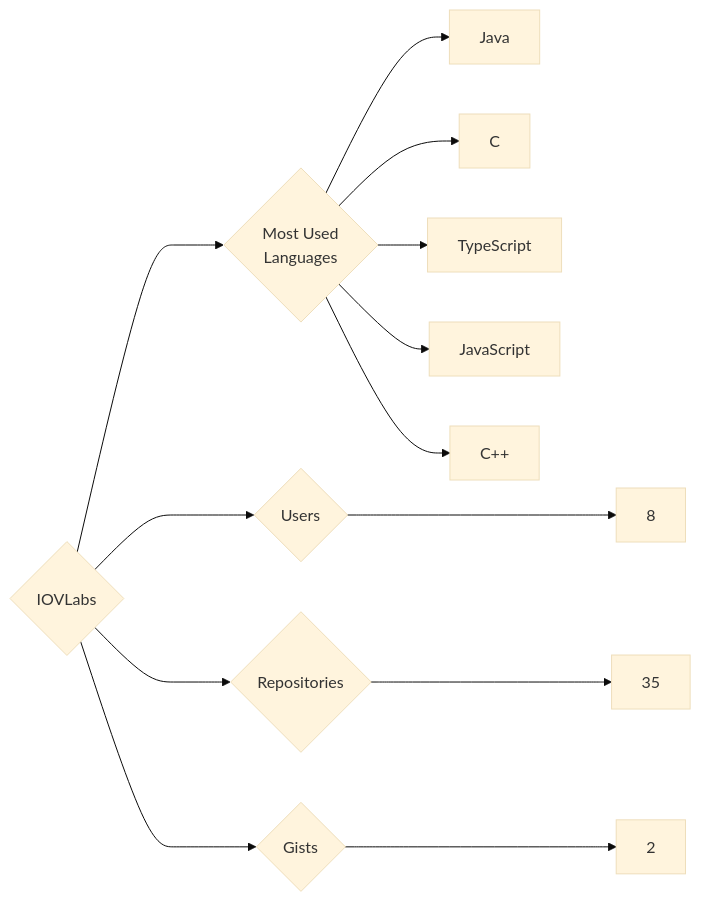
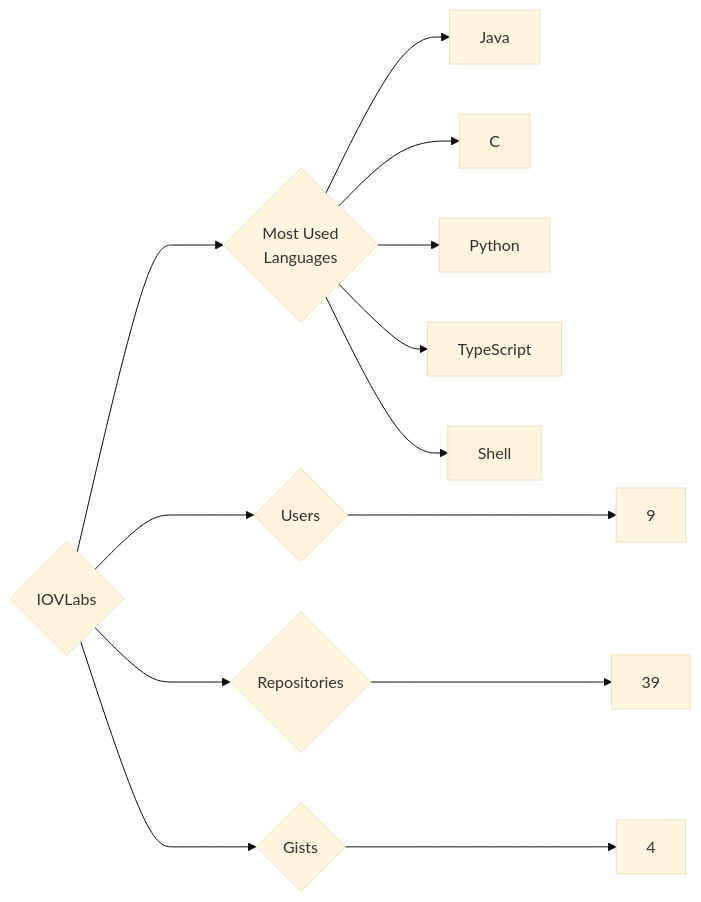
Before and after one commit to trickest/insiders: the diagram in targets/IOVLabs/README.md, drawn with Mermaid (base theme). The commit also changed 857 other files, not shown here.

````diff
--- a/targets/IOVLabs/README.md
+++ b/targets/IOVLabs/README.md
@@ -3,13 +3,13 @@
 ```mermaid
 graph LR
 COMPANY_NAME{IOVLabs}
-COMPANY_NAME ---> U{Users} ---> UN[8]
-COMPANY_NAME ---> R{Repositories} ---> RN[35]
-COMPANY_NAME ---> G{Gists} ---> GN[2]
+COMPANY_NAME ---> U{Users} ---> UN[9]
+COMPANY_NAME ---> R{Repositories} ---> RN[39]
+COMPANY_NAME ---> G{Gists} ---> GN[4]
 COMPANY_NAME ---> ML{Most Used<br>Languages}
 ML --> Java[Java]
 ML --> C[C]
+ML --> Python[Python]
 ML --> TypeScript[TypeScript]
-ML --> JavaScript[JavaScript]
-ML --> C++[C++]
+ML --> Shell[Shell]
 ```
````
